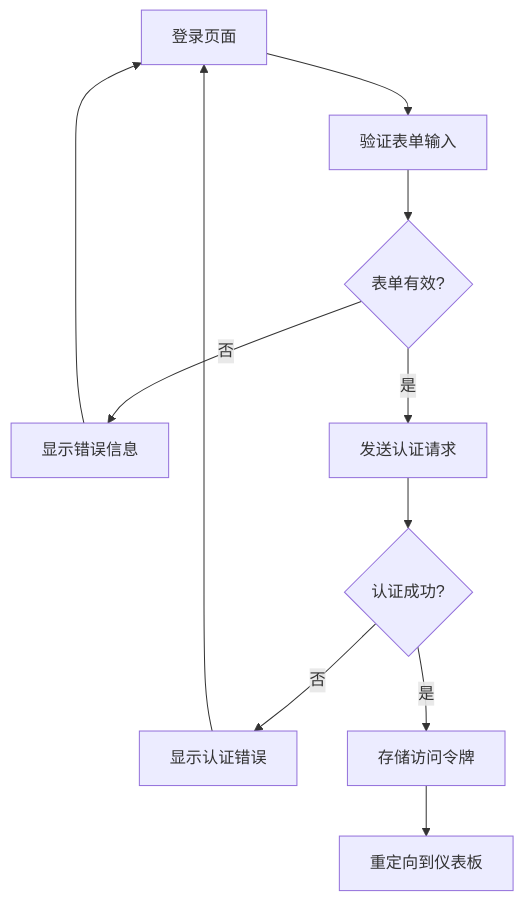
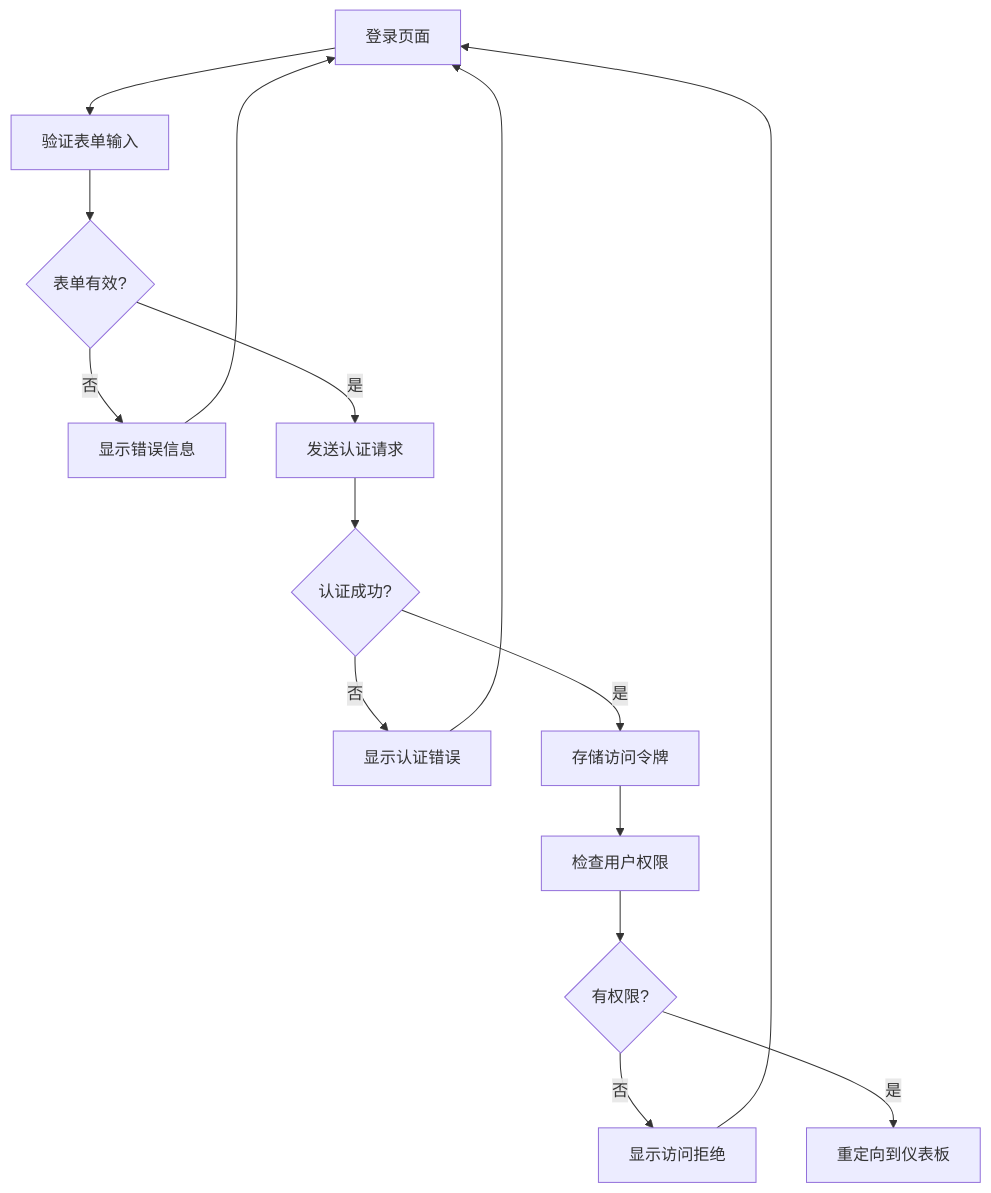
One commit to leimu-hue/AI-Trend-Tool changed the ninth of 10 diagrams in .qoder/repowiki/zh/content/开发指南/前端开发指南.md. Above: the diagram before and after it, drawn with Mermaid. The commit also changed other lines of this file and 74 other files, not shown here.

````diff
--- a/.qoder/repowiki/zh/content/开发指南/前端开发指南.md
+++ b/.qoder/repowiki/zh/content/开发指南/前端开发指南.md
@@ -340,13 +494,17 @@
 ```mermaid
 flowchart TD
 LoginPage[登录页面] --> ValidateForm[验证表单输入]
 ValidateForm --> FormValid{表单有效?}
 FormValid --> |否| ShowErrors[显示错误信息]
 FormValid --> |是| SendAuthRequest[发送认证请求]
 SendAuthRequest --> CheckResponse{认证成功?}
 CheckResponse --> |否| ShowAuthError[显示认证错误]
 CheckResponse --> |是| StoreToken[存储访问令牌]
-StoreToken --> RedirectDashboard[重定向到仪表板]
+StoreToken --> CheckPermissions[检查用户权限]
+CheckPermissions --> HasPermission{有权限?}
+HasPermission --> |否| ShowAccessDenied[显示访问拒绝]
+HasPermission --> |是| RedirectDashboard[重定向到仪表板]
 ShowErrors --> LoginPage
 ShowAuthError --> LoginPage
+ShowAccessDenied --> LoginPage
 ```
````
